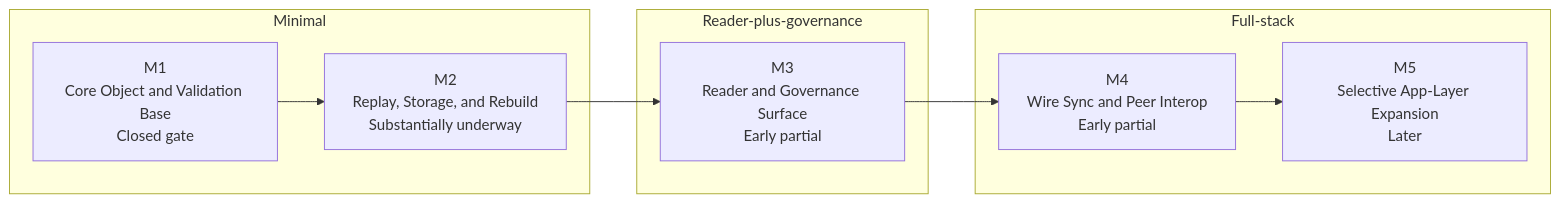
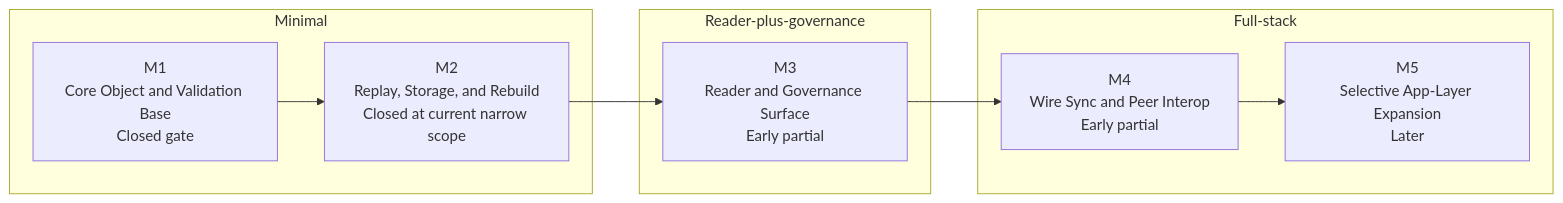
The diagram in docs/PROGRESS.md (MycelLayer/Mycel), drawn with Mermaid before and after one commit. The commit also changed other lines of this file and 4 other files, not shown here.

````diff
--- a/docs/PROGRESS.md
+++ b/docs/PROGRESS.md
@@ -17,18 +17,18 @@
 ```mermaid
 flowchart LR
   subgraph Minimal
     M1["M1<br/>Core Object and Validation Base<br/>Closed gate"]
-    M2["M2<br/>Replay, Storage, and Rebuild<br/>Substantially underway"]
+    M2["M2<br/>Replay, Storage, and Rebuild<br/>Closed at current narrow scope"]
   end
 
   subgraph ReaderPlusGovernance["Reader-plus-governance"]
     M3["M3<br/>Reader and Governance Surface<br/>Early partial"]
   end
 
   subgraph FullStack["Full-stack"]
     M4["M4<br/>Wire Sync and Peer Interop<br/>Early partial"]
     M5["M5<br/>Selective App-Layer Expansion<br/>Later"]
   end
 
   M1 --> M2 --> M3 --> M4 --> M5
 ```
````
